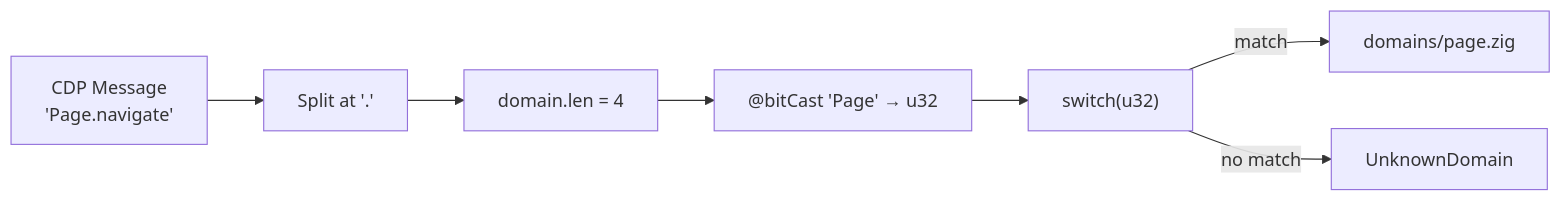
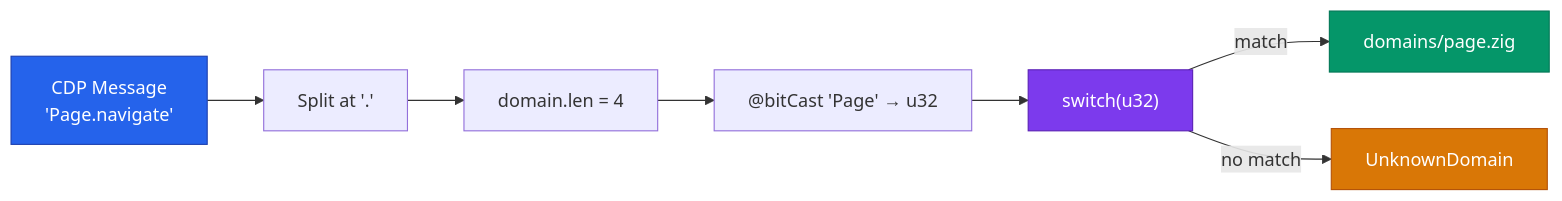
One commit to Codeblackbyshazzy/awesome-ai-anatomy changed the second of 3 diagrams in lightpanda-browser/README.md. Above: the diagram before and after it, drawn with Mermaid. The commit also changed other lines of this file and 11 other files, not shown here.

````diff
--- a/lightpanda-browser/README.md
+++ b/lightpanda-browser/README.md
@@ -148,9 +161,20 @@
 ```mermaid
 flowchart LR
     MSG["CDP Message<br/>'Page.navigate'"] --> SPLIT["Split at '.'"]
     SPLIT --> LEN["domain.len = 4"]
     LEN --> CAST["@bitCast 'Page' → u32"]
     CAST --> SWITCH["switch(u32)"]
     SWITCH --> |"match"| PAGE["domains/page.zig"]
     SWITCH --> |"no match"| ERR["UnknownDomain"]
+
+    classDef primary fill:#2563eb,stroke:#1e40af,color:#fff
+    classDef secondary fill:#7c3aed,stroke:#5b21b6,color:#fff
+    classDef accent fill:#059669,stroke:#047857,color:#fff
+    classDef warn fill:#d97706,stroke:#b45309,color:#fff
+    classDef neutral fill:#374151,stroke:#1f2937,color:#fff
+
+    class MSG primary
+    class SWITCH secondary
+    class PAGE accent
+    class ERR warn
 ```
````
